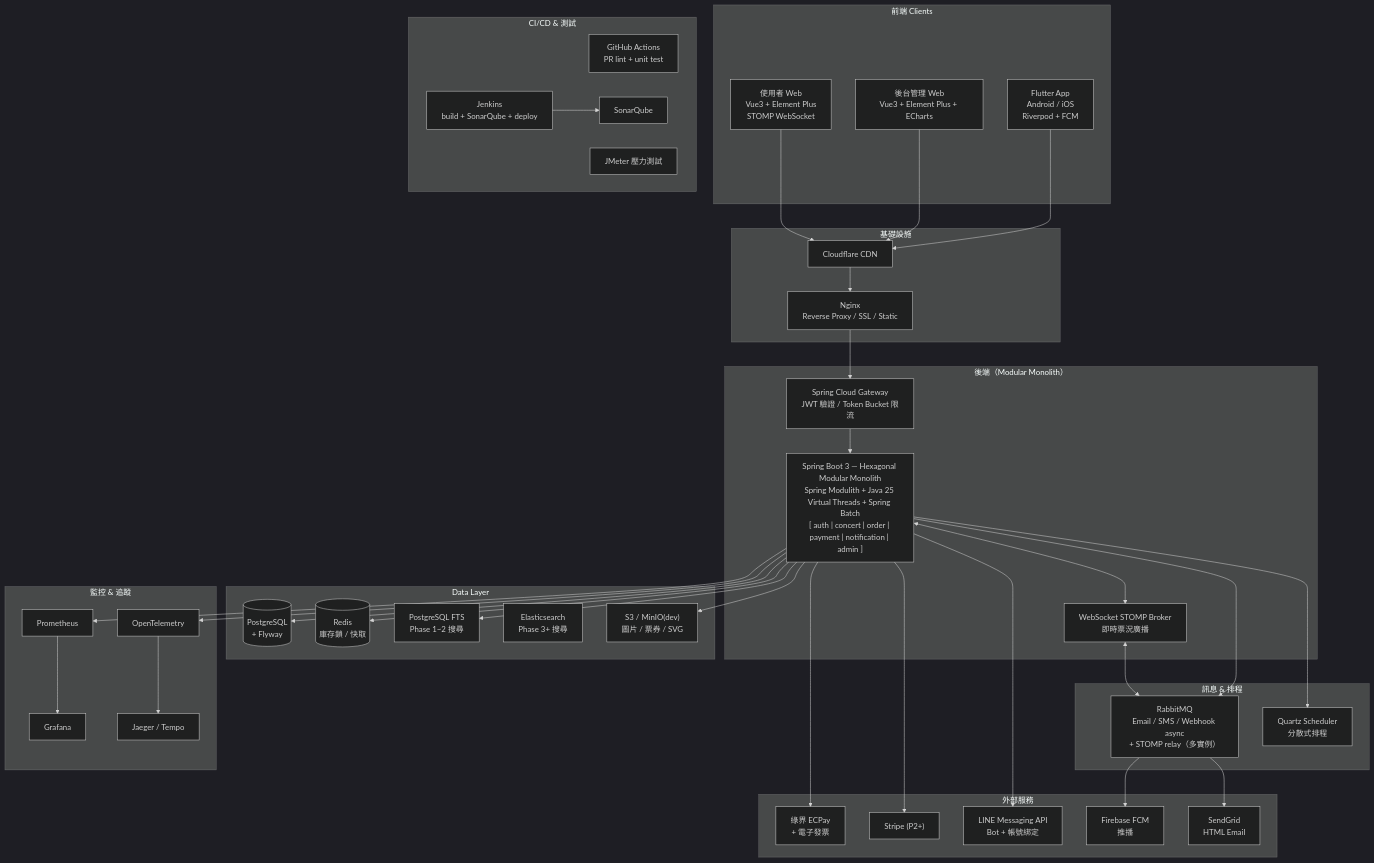
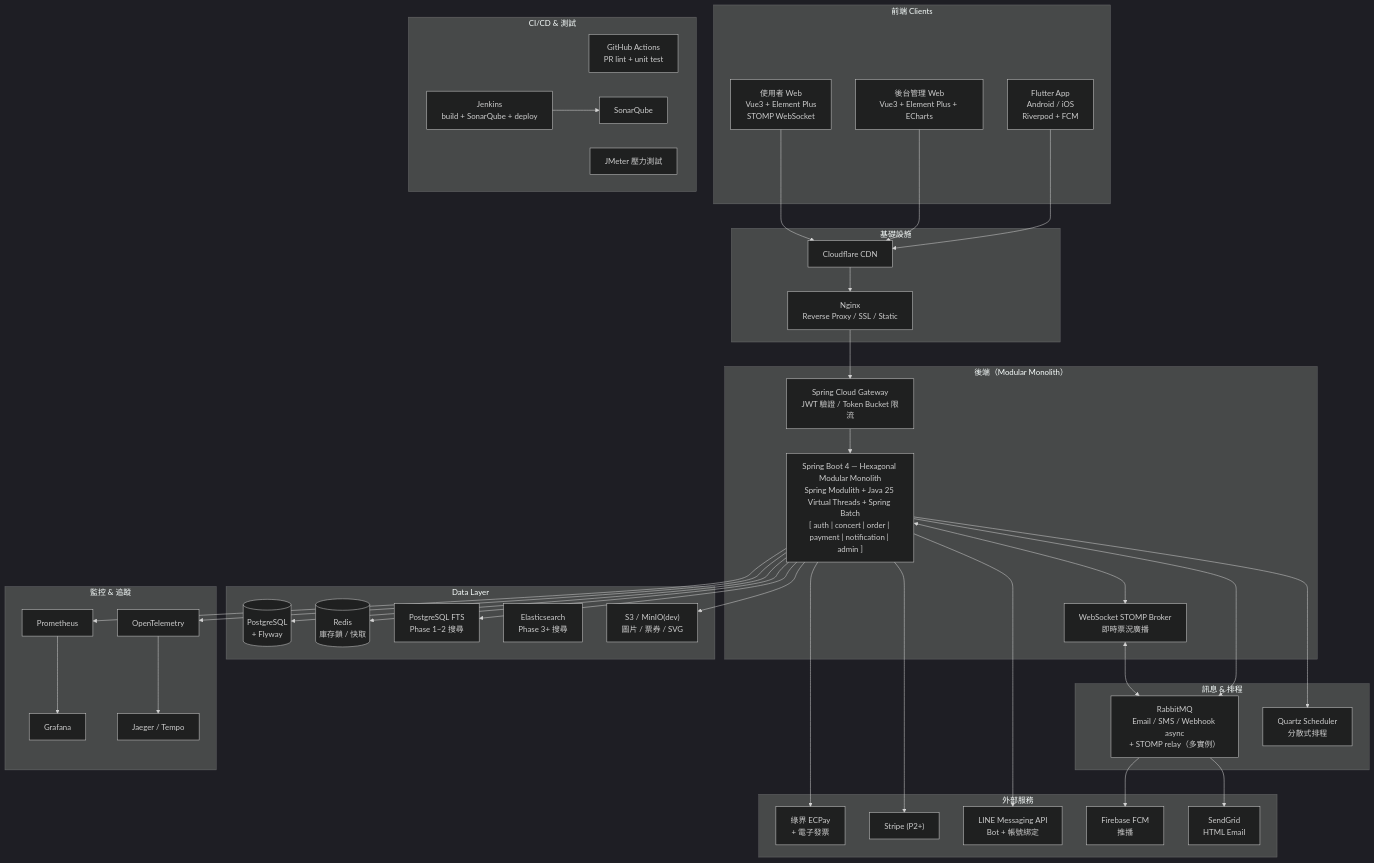
One commit to Ryan-Lan-c/livebeat changed the diagram in docs/01-tech-stack.md. Above: the diagram before and after it, drawn with Mermaid (dark theme). The commit also changed other lines of this file and 3 other files, not shown here.

First line of the commit message:
chore: 升級至 Spring Boot 4.0.6、Spring Modulith 2.0.6

````diff
--- a/docs/01-tech-stack.md
+++ b/docs/01-tech-stack.md
@@ -168,64 +168,64 @@
 ```mermaid
 graph TB
     subgraph Clients["前端 Clients"]
         VueWeb["使用者 Web\nVue3 + Element Plus\nSTOMP WebSocket"]
         AdminWeb["後台管理 Web\nVue3 + Element Plus + ECharts"]
         FlutterApp["Flutter App\nAndroid / iOS\nRiverpod + FCM"]
     end
 
     subgraph CICD["CI/CD & 測試"]
         GHA["GitHub Actions\nPR lint + unit test"]
         Jenkins["Jenkins\nbuild + SonarQube + deploy"]
         JMeter["JMeter 壓力測試"]
         Sonar["SonarQube"]
         Jenkins --> Sonar
     end
 
     subgraph Infra["基礎設施"]
         CF["Cloudflare CDN"]
         Nginx["Nginx\nReverse Proxy / SSL / Static"]
     end
 
     subgraph Backend["後端（Modular Monolith）"]
         GW["Spring Cloud Gateway\nJWT 驗證 / Token Bucket 限流"]
-        App["Spring Boot 3 — Hexagonal Modular Monolith\nSpring Modulith + Java 25 Virtual Threads + Spring Batch\n[ auth | concert | order | payment | notification | admin ]"]
+        App["Spring Boot 4 — Hexagonal Modular Monolith\nSpring Modulith + Java 25 Virtual Threads + Spring Batch\n[ auth | concert | order | payment | notification | admin ]"]
         WS["WebSocket STOMP Broker\n即時票況廣播"]
     end
 
     subgraph Messaging["訊息 & 排程"]
         RMQ["RabbitMQ\nEmail / SMS / Webhook async\n+ STOMP relay（多實例）"]
         Quartz["Quartz Scheduler\n分散式排程"]
     end
 
     subgraph DataLayer["Data Layer"]
         PG[("PostgreSQL\n+ Flyway")]
         Redis[("Redis\n庫存鎖 / 快取")]
         PGfts["PostgreSQL FTS\nPhase 1~2 搜尋"]
         ES["Elasticsearch\nPhase 3+ 搜尋"]
         S3["S3 / MinIO(dev)\n圖片 / 票券 / SVG"]
     end
 
     subgraph External["外部服務"]
         ECPay["綠界 ECPay\n+ 電子發票"]
         Stripe["Stripe (P2+)"]
         LINE["LINE Messaging API\nBot + 帳號綁定"]
         FCM["Firebase FCM\n推播"]
         SendGrid["SendGrid\nHTML Email"]
     end
 
     subgraph Monitoring["監控 & 追蹤"]
         Prometheus --> Grafana
         OTel["OpenTelemetry"]
         OTel --> Jaeger["Jaeger / Tempo"]
     end
 
     VueWeb & AdminWeb & FlutterApp --> CF --> Nginx --> GW --> App
     App <--> WS
     WS <--> RMQ
     App --> RMQ --> SendGrid & FCM
     App --> Quartz
     App --> PG & Redis & PGfts & S3
     App --> ECPay & Stripe & LINE
     App --> OTel
     App --> Prometheus
 ```
````
